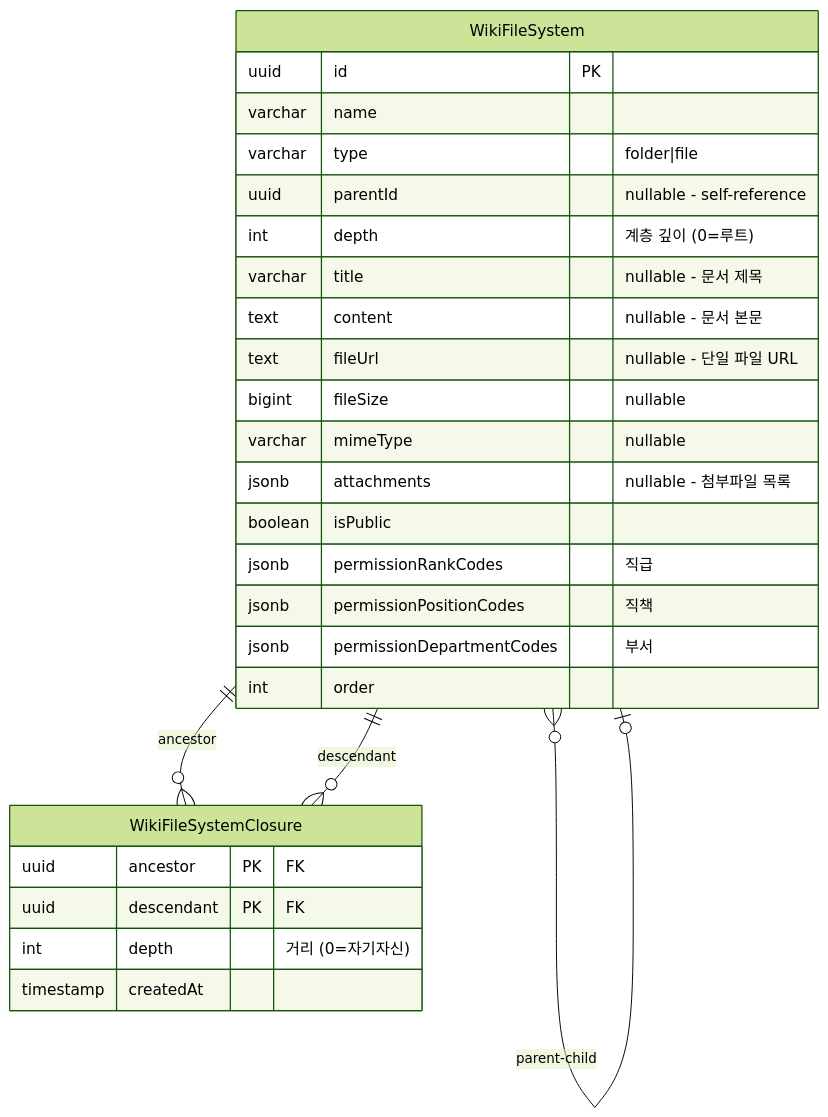
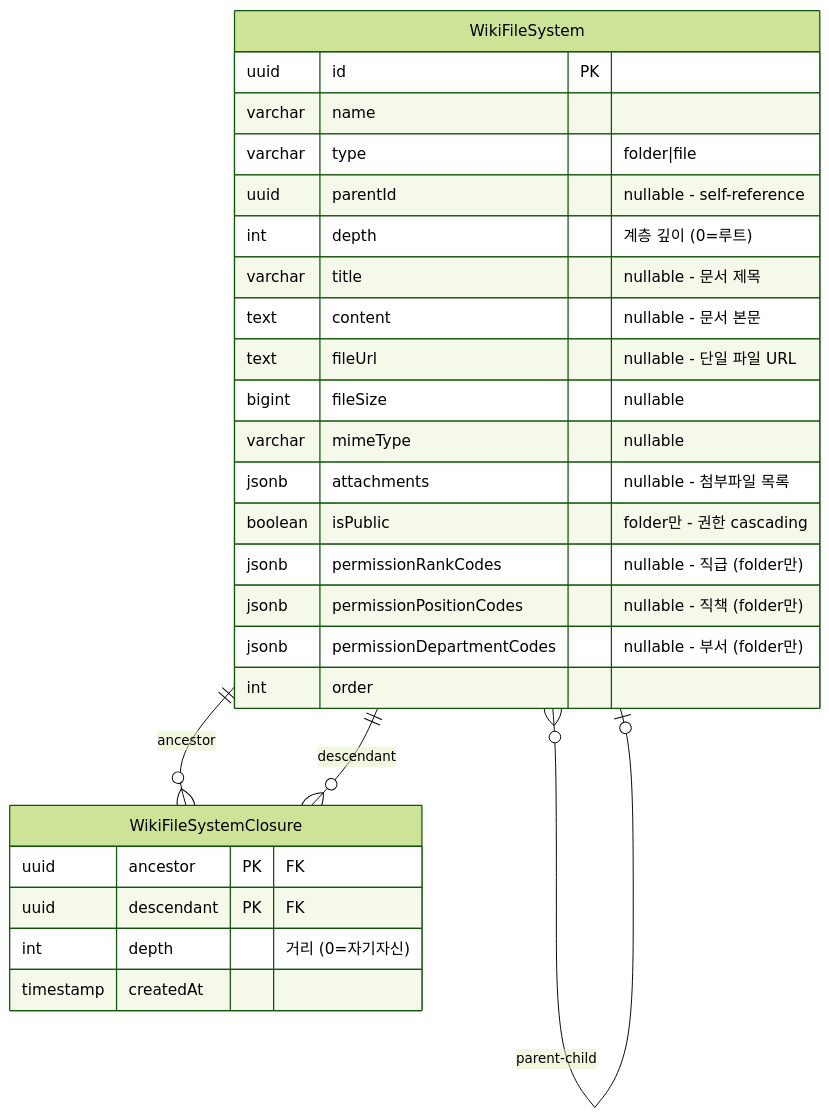
Before and after one commit to wukdddang/lumir-cms-backend: diagram 15 of 15 in docs/erd/er-diagram-entities.md, drawn with Mermaid (forest theme). The commit also changed other lines of this file and 31 other files, not shown here.

````diff
--- a/docs/erd/er-diagram-entities.md
+++ b/docs/erd/er-diagram-entities.md
@@ -772,32 +772,32 @@
 ```mermaid
 erDiagram
     WikiFileSystem {
         uuid id PK
         varchar name
         varchar type "folder|file"
         uuid parentId "nullable - self-reference"
         int depth "계층 깊이 (0=루트)"
         varchar title "nullable - 문서 제목"
         text content "nullable - 문서 본문"
         text fileUrl "nullable - 단일 파일 URL"
         bigint fileSize "nullable"
         varchar mimeType "nullable"
         jsonb attachments "nullable - 첨부파일 목록"
-        boolean isPublic
-        jsonb permissionRankCodes "직급"
-        jsonb permissionPositionCodes "직책"
-        jsonb permissionDepartmentCodes "부서"
+        boolean isPublic "folder만 - 권한 cascading"
+        jsonb permissionRankCodes "nullable - 직급 (folder만)"
+        jsonb permissionPositionCodes "nullable - 직책 (folder만)"
+        jsonb permissionDepartmentCodes "nullable - 부서 (folder만)"
         int order
     }
     
     WikiFileSystemClosure {
         uuid ancestor PK "FK"
         uuid descendant PK "FK"
         int depth "거리 (0=자기자신)"
         timestamp createdAt
     }
     
     WikiFileSystem }o--o| WikiFileSystem : "parent-child"
     WikiFileSystem ||--o{ WikiFileSystemClosure : "ancestor"
     WikiFileSystem ||--o{ WikiFileSystemClosure : "descendant"
 ```
````
